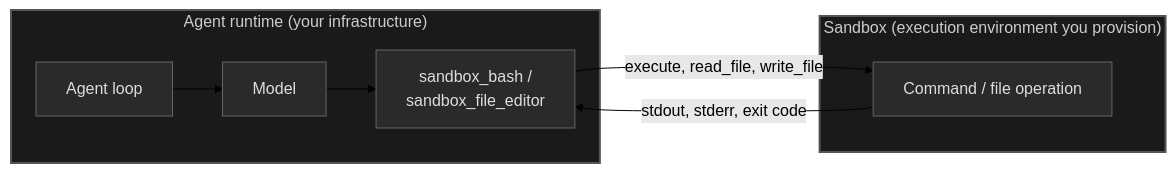
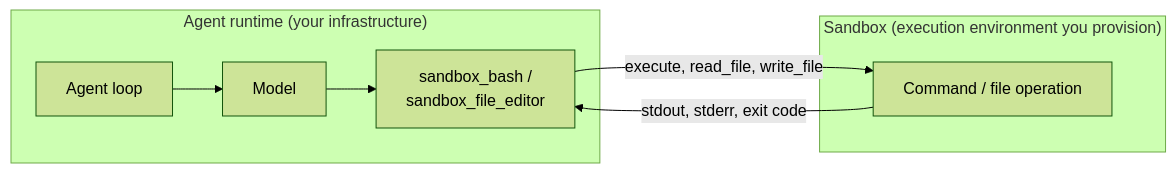
Before and after one commit to strands-agents/sdk-python: the diagram in site/src/content/docs/user-guide/concepts/sandbox/index.mdx, drawn with Mermaid (forest theme). The commit also changed 6 other files, not shown here.

````diff
--- a/site/src/content/docs/user-guide/concepts/sandbox/index.mdx
+++ b/site/src/content/docs/user-guide/concepts/sandbox/index.mdx
@@ -22,21 +22,14 @@
 ```mermaid
 flowchart LR
     subgraph runtime["Agent runtime (your infrastructure)"]
         L[Agent loop]
         M[Model]
-        T["sandbox_bash /\nsandbox_file_editor"]
+        T["sandbox_bash /<br/>sandbox_file_editor"]
         L --> M --> T
     end
     subgraph sb["Sandbox (execution environment you provision)"]
         E[Command / file operation]
     end
     T -->|"execute, read_file, write_file"| E
     E -->|"stdout, stderr, exit code"| T
-
-    style runtime fill:#1a1a1a,stroke:#555,stroke-width:2px,color:#ccc
-    style sb fill:#1a1a1a,stroke:#555,stroke-width:2px,color:#ccc
-    style M fill:#2a2a2a,stroke:#666,color:#ddd
-    style L fill:#2a2a2a,stroke:#666,color:#ddd
-    style T fill:#2a2a2a,stroke:#666,color:#ddd
-    style E fill:#2a2a2a,stroke:#666,color:#ddd
 ```
````
